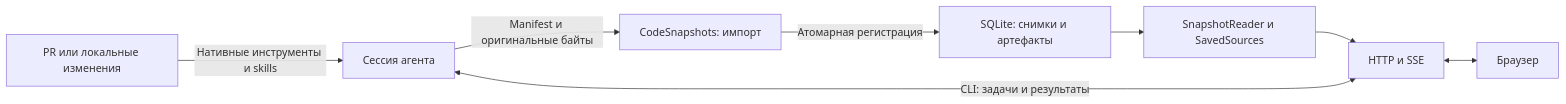
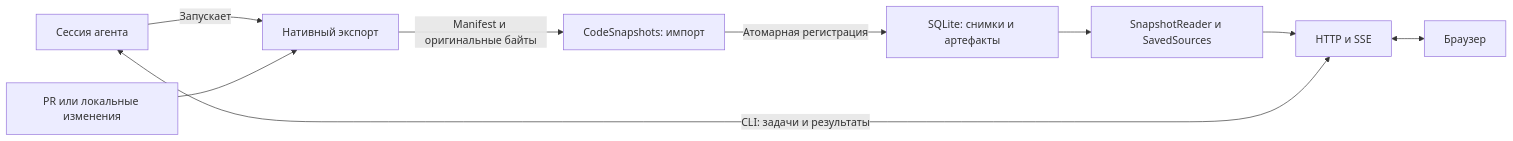
Before and after one commit to Buggytheclown/devflow-diff-explain: the diagram in docs/architecture.md, drawn with Mermaid. The commit also changed other lines of this file and 128 other files, not shown here.

First line of the commit message:
Pin review snapshots and export Arc pull requests with one command

````diff
--- a/docs/architecture.md
+++ b/docs/architecture.md
@@ -21,10 +21,11 @@
 ```mermaid
 flowchart LR
-    PR[PR или локальные изменения] -->|Нативные инструменты и skills| Agent[Сессия агента]
-    Agent -->|Manifest и оригинальные байты| Import[CodeSnapshots: импорт]
+    Agent[Сессия агента] -->|Запускает| Export[Нативный экспорт]
+    PR[PR или локальные изменения] --> Export
+    Export -->|Manifest и оригинальные байты| Import[CodeSnapshots: импорт]
     Import -->|Атомарная регистрация| DB[SQLite: снимки и артефакты]
     DB --> Reader[SnapshotReader и SavedSources]
     Reader --> Server[HTTP и SSE]
     Server <--> UI[Браузер]
     Server <-->|CLI: задачи и результаты| Agent
 ```
````
